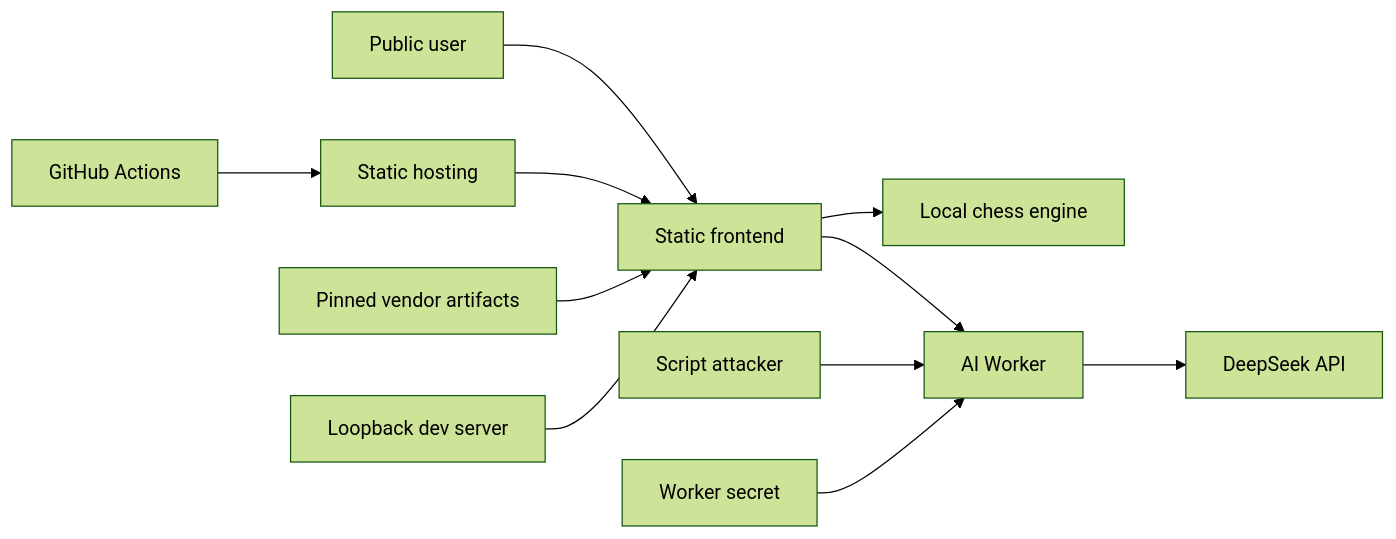
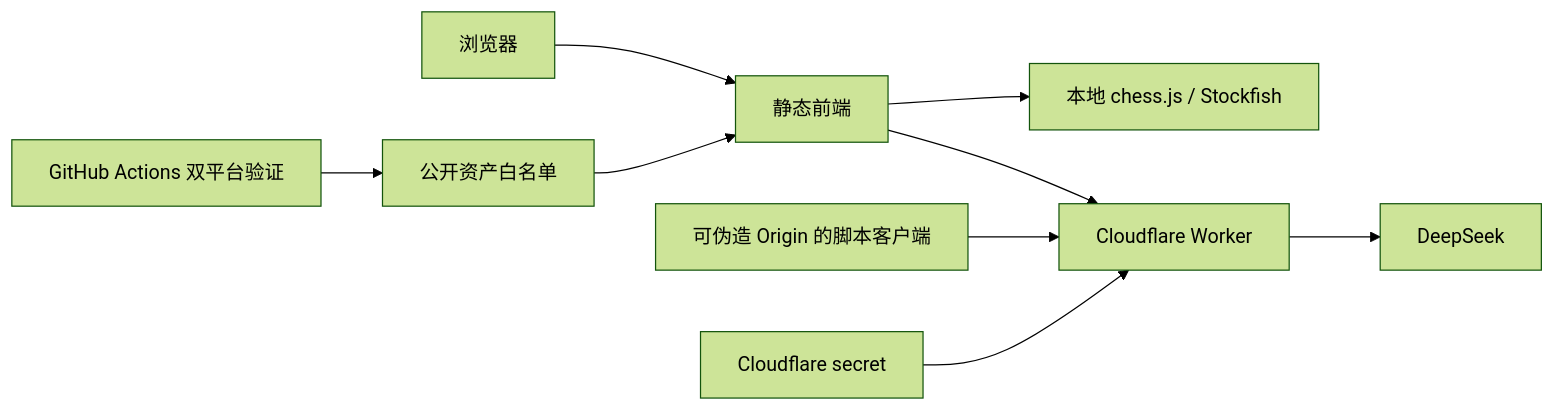
Before and after one commit to janluodev/ChesSight: the diagram in ChesSight-threat-model.md, drawn with Mermaid (forest theme). The commit also changed other lines of this file and 40 other files, not shown here.

````diff
--- a/ChesSight-threat-model.md
+++ b/ChesSight-threat-model.md
@@ -37,13 +16,11 @@
 ```mermaid
 flowchart LR
-  U["Public user"] --> F["Static frontend"]
-  H["Static hosting"] --> F
-  F --> C["Local chess engine"]
-  F --> W["AI Worker"]
-  A["Script attacker"] --> W
-  W --> D["DeepSeek API"]
-  S["Worker secret"] --> W
-  G["GitHub Actions"] --> H
-  V["Pinned vendor artifacts"] --> F
-  L["Loopback dev server"] --> F
+  U[浏览器] --> F[静态前端]
+  F --> E[本地 chess.js / Stockfish]
+  F --> W[Cloudflare Worker]
+  A[可伪造 Origin 的脚本客户端] --> W
+  S[Cloudflare secret] --> W
+  W --> D[DeepSeek]
+  G[GitHub Actions 双平台验证] --> P[公开资产白名单]
+  P --> F
 ```
````
